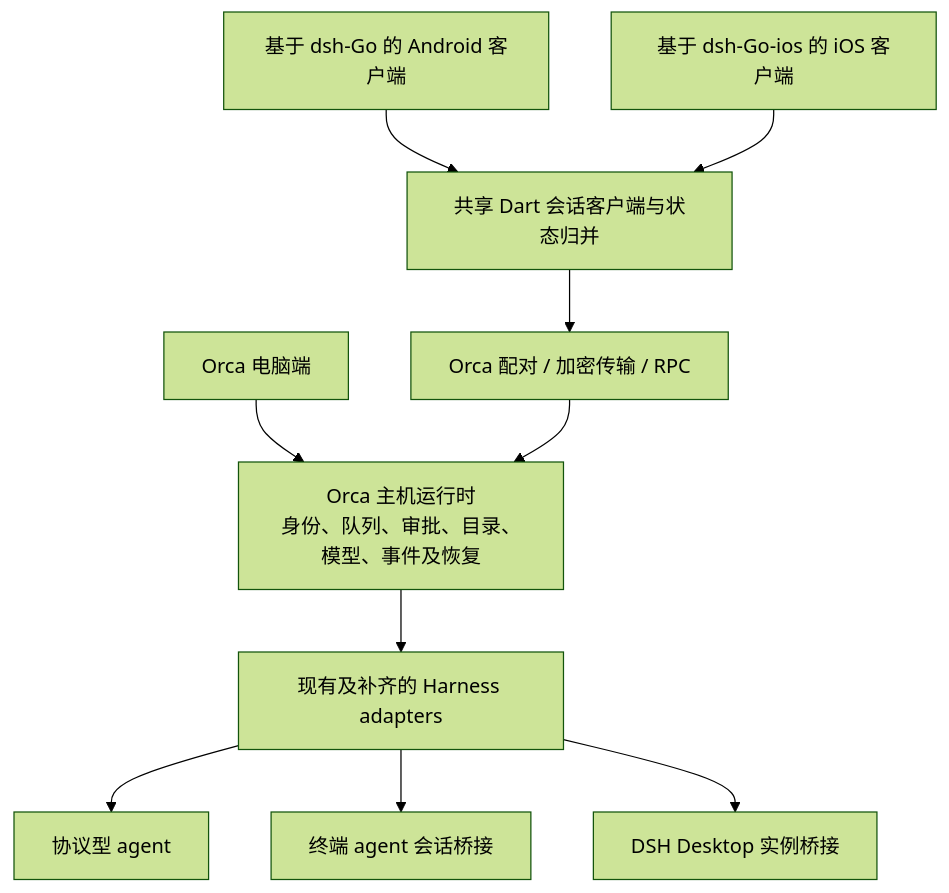
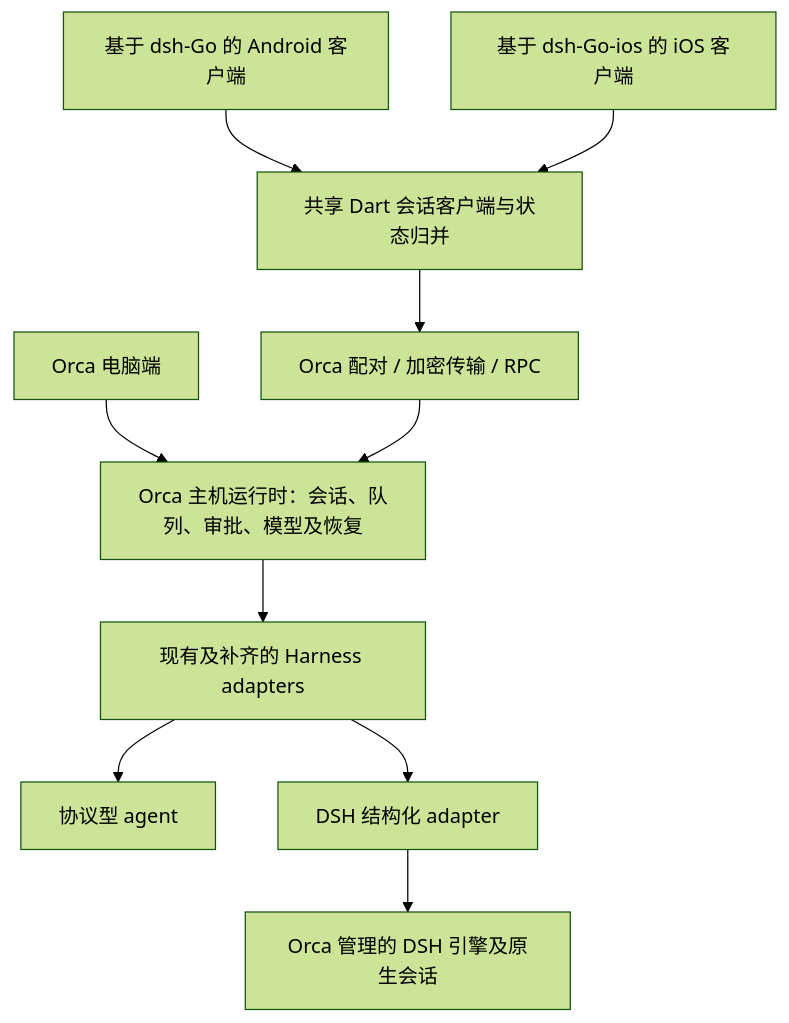
One commit to ljx149/orca changed the diagram in docs/orca-flutter-multi-harness-plan.md. Above: the diagram before and after it, drawn with Mermaid (forest theme). The commit also changed other lines of this file, not shown here.

Commit message:
docs: clarify Orca DSH integration and record revision rationale

````diff
--- a/docs/orca-flutter-multi-harness-plan.md
+++ b/docs/orca-flutter-multi-harness-plan.md
@@ -48,22 +57,22 @@
 ```mermaid
 flowchart TB
     Desktop[Orca 电脑端]
     Android[基于 dsh-Go 的 Android 客户端]
     IOS[基于 dsh-Go-ios 的 iOS 客户端]
     Client[共享 Dart 会话客户端与状态归并]
     Wire[Orca 配对 / 加密传输 / RPC]
-    Host[Orca 主机运行时\n身份、队列、审批、目录、模型、事件及恢复]
+    Host[Orca 主机运行时：会话、队列、审批、模型及恢复]
     Adapters[现有及补齐的 Harness adapters]
     Protocol[协议型 agent]
-    Terminal[终端 agent 会话桥接]
-    DSH[DSH Desktop 实例桥接]
+    DSH[DSH 结构化 adapter]
+    Engine[Orca 管理的 DSH 引擎及原生会话]
     Desktop --> Host
     Android --> Client
     IOS --> Client
     Client --> Wire
     Wire --> Host
     Host --> Adapters
     Adapters --> Protocol
-    Adapters --> Terminal
     Adapters --> DSH
+    DSH --> Engine
 ```
````
